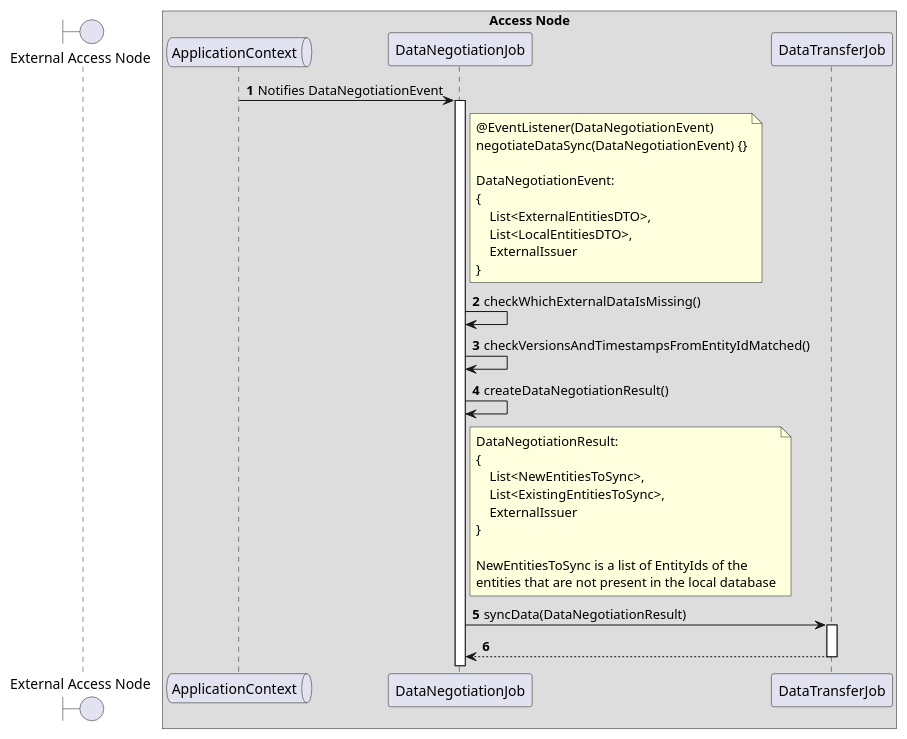
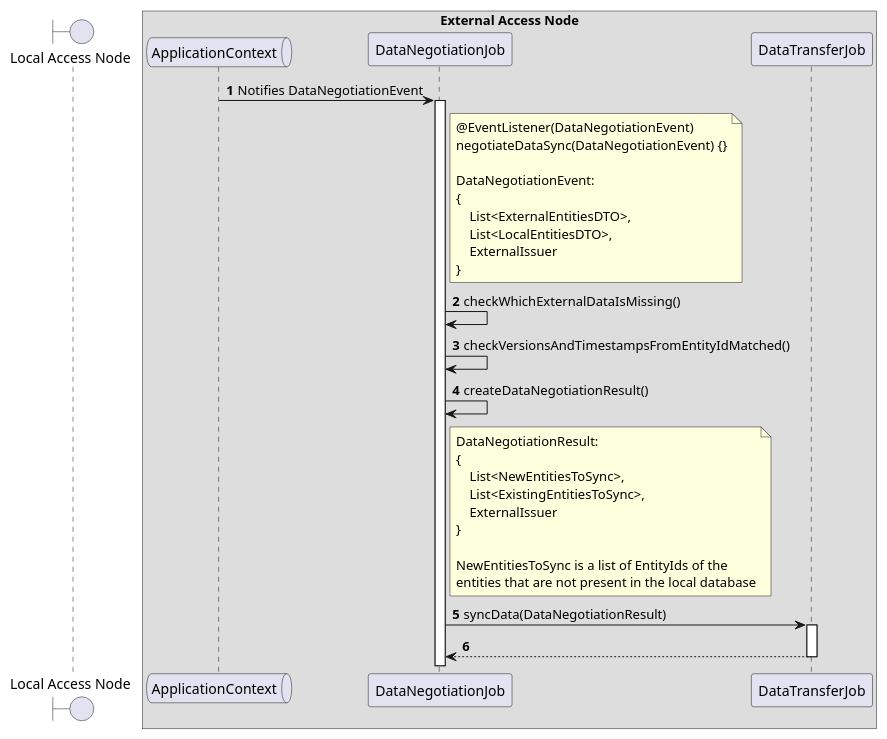
One commit to in2workspace/in2-guides changed the diagram in desmos-tech-doc/diagrams/p2p-sync-discovery-data-negotiation.puml. Above: the diagram before and after it, drawn with PlantUML. The commit also changed 7 other files, not shown here.

Commit message:
fix(data-syncronization): update external and local

```diff
--- a/desmos-tech-doc/diagrams/p2p-sync-discovery-data-negotiation.puml
+++ b/desmos-tech-doc/diagrams/p2p-sync-discovery-data-negotiation.puml
@@ -1,55 +1,55 @@
 @startuml
 'https://plantuml.com/sequence-diagram
 
 '---------- Config ----------------
 
 autonumber
 
 '---------- Header ----------------
 
-boundary "External Access Node" as ean
+boundary "Local Access Node" as lan
 
-box "Access Node"
+box "External Access Node"
   queue "ApplicationContext" as ac
   participant "DataNegotiationJob" as dnj
   participant "DataTransferJob" as dtj
 
 
 end box
 
 '---------- Diagram ----------------
 
 ac -> dnj++: Notifies DataNegotiationEvent
 
 note right of dnj
     @EventListener(DataNegotiationEvent)
     negotiateDataSync(DataNegotiationEvent) {}
 
     DataNegotiationEvent:
     {
         List<ExternalEntitiesDTO>,
         List<LocalEntitiesDTO>,
         ExternalIssuer
     }
 end note
 
 dnj -> dnj: checkWhichExternalDataIsMissing()
 dnj -> dnj: checkVersionsAndTimestampsFromEntityIdMatched()
 dnj -> dnj: createDataNegotiationResult()
 note right of dnj
     DataNegotiationResult:
     {
         List<NewEntitiesToSync>,
         List<ExistingEntitiesToSync>,
         ExternalIssuer
     }
 
     NewEntitiesToSync is a list of EntityIds of the
     entities that are not present in the local database
 end note
 
 dnj -> dtj++: syncData(DataNegotiationResult)
 return
 
 
 @enduml
```
